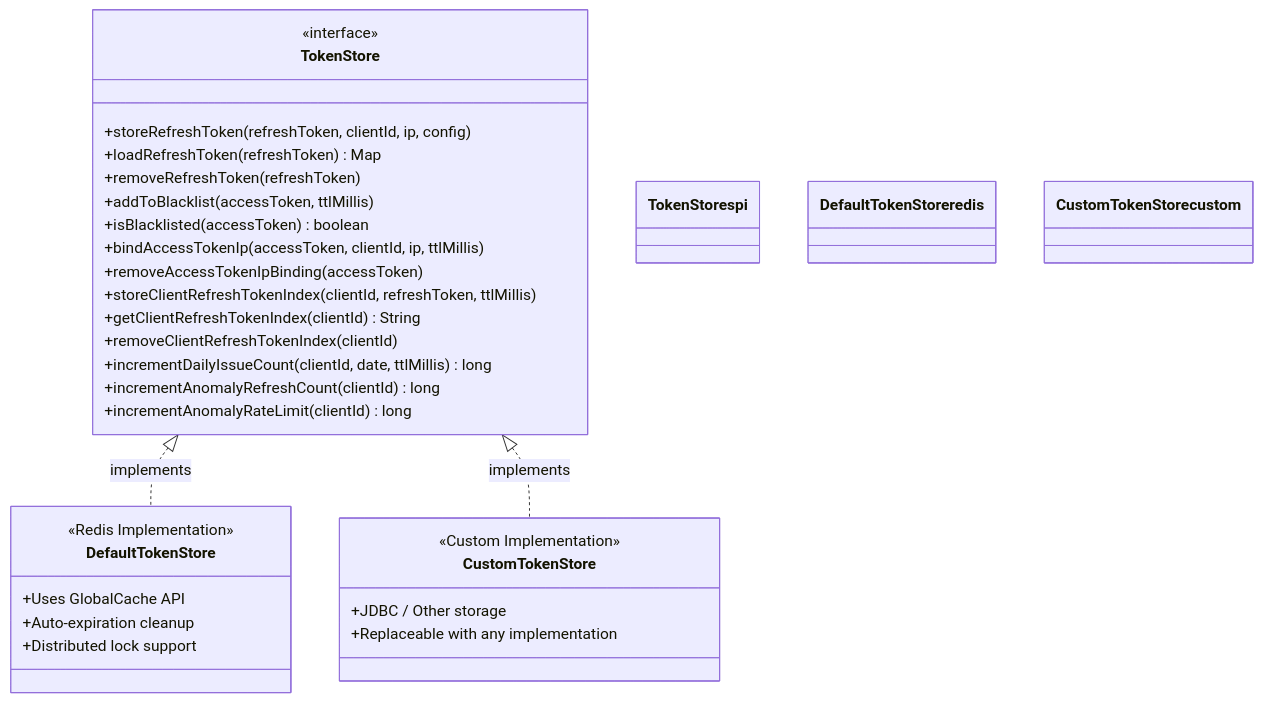
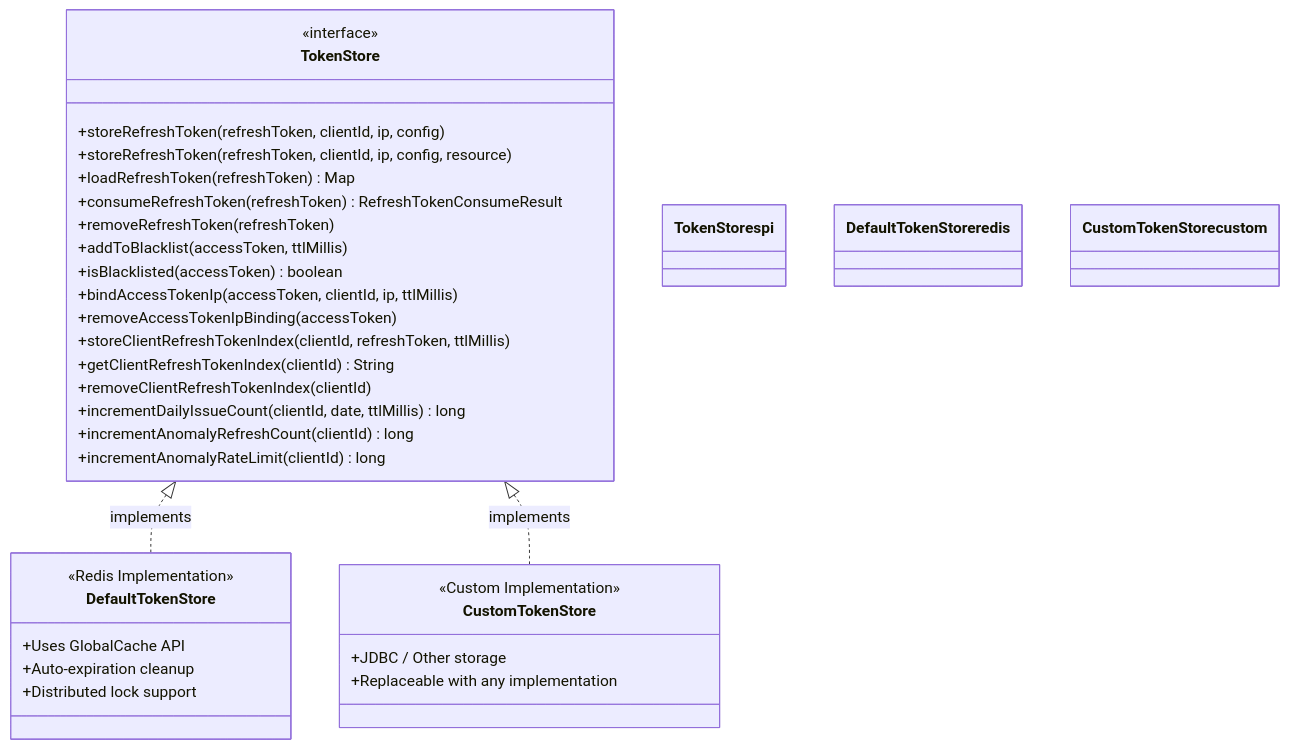
The fourth of 13 diagrams in atlas-richie-component/atlas-richie-oauth-parent/docs/en/oauth-component-design.md (richie696/atlas-richie-platform), drawn with Mermaid before and after one commit. The commit also changed other lines of this file and 199 other files, not shown here.

````diff
--- a/atlas-richie-component/atlas-richie-oauth-parent/docs/en/oauth-component-design.md
+++ b/atlas-richie-component/atlas-richie-oauth-parent/docs/en/oauth-component-design.md
@@ -261,43 +270,45 @@
 ```mermaid
 classDiagram
     class TokenStore {
         <<interface>>
         +storeRefreshToken(refreshToken, clientId, ip, config)
+        +storeRefreshToken(refreshToken, clientId, ip, config, resource)
         +loadRefreshToken(refreshToken) Map
+        +consumeRefreshToken(refreshToken) RefreshTokenConsumeResult
         +removeRefreshToken(refreshToken)
         +addToBlacklist(accessToken, ttlMillis)
         +isBlacklisted(accessToken) boolean
         +bindAccessTokenIp(accessToken, clientId, ip, ttlMillis)
         +removeAccessTokenIpBinding(accessToken)
         +storeClientRefreshTokenIndex(clientId, refreshToken, ttlMillis)
         +getClientRefreshTokenIndex(clientId) String
         +removeClientRefreshTokenIndex(clientId)
         +incrementDailyIssueCount(clientId, date, ttlMillis) long
         +incrementAnomalyRefreshCount(clientId) long
         +incrementAnomalyRateLimit(clientId) long
     }
 
     class DefaultTokenStore {
         <<Redis Implementation>>
         +Uses GlobalCache API
         +Auto-expiration cleanup
         +Distributed lock support
     }
 
     class CustomTokenStore {
         <<Custom Implementation>>
         +JDBC / Other storage
         +Replaceable with any implementation
     }
 
     TokenStore <|.. DefaultTokenStore : implements
     TokenStore <|.. CustomTokenStore : implements
 
     classDef spi fill:#f3e5f5,stroke:#7b1fa2,stroke-width:2px,color:#4a148c
     classDef redis fill:#e3f2fd,stroke:#1565c0,stroke-width:2px,color:#0d47a1
     classDef custom fill:#fff3e0,stroke:#e65100,stroke-width:2px,stroke-dasharray:5 5,color:#e65100
 
     class TokenStore spi
     class DefaultTokenStore redis
     class CustomTokenStore custom
 ```
````
